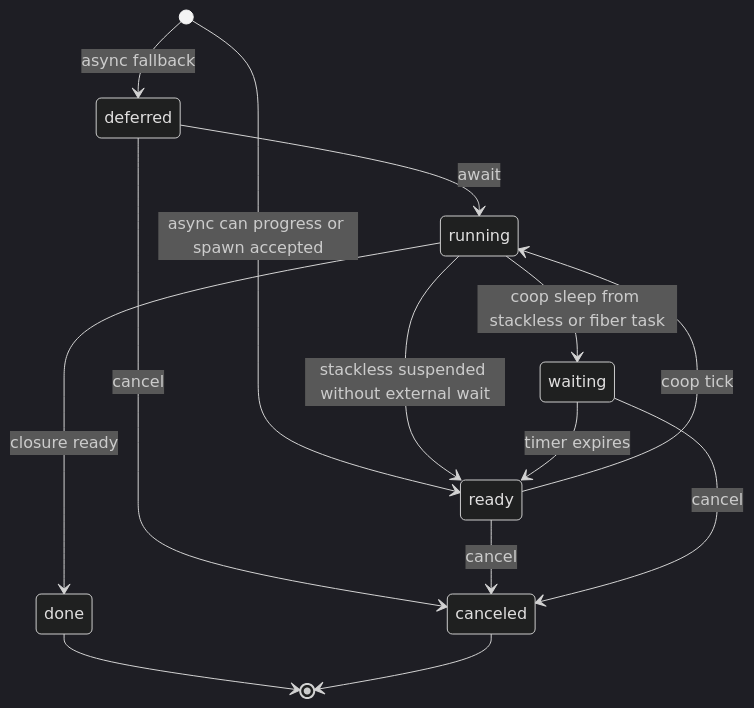
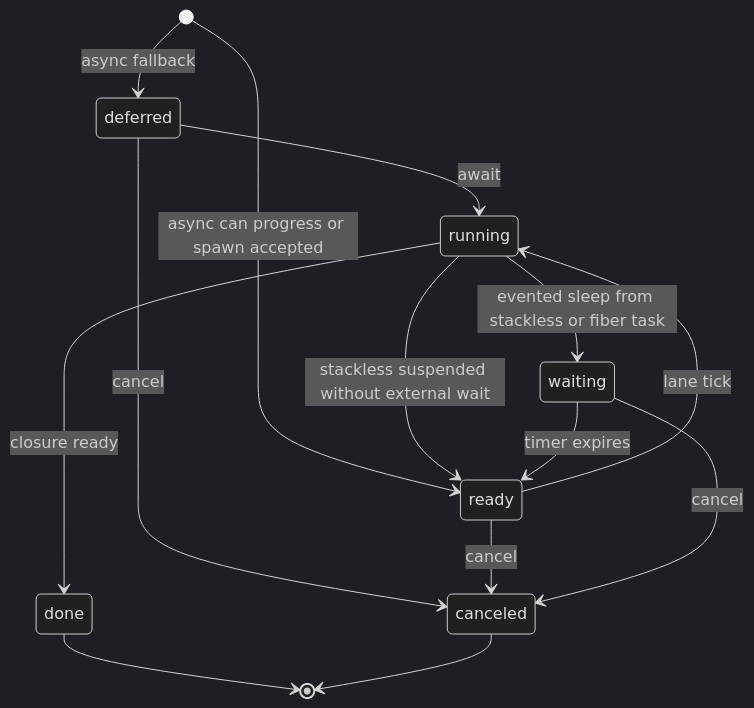
The fourth of 5 diagrams in dh/tests/draft/io_conc/ARCH.md (coding-pelican/dasae-headers), drawn with Mermaid (dark theme) before and after one commit. The commit also changed other lines of this file and 49 other files, not shown here.

````diff
--- a/dh/tests/draft/io_conc/ARCH.md
+++ b/dh/tests/draft/io_conc/ARCH.md
@@ -60,16 +147,16 @@
 ```mermaid
 stateDiagram-v2
     [*] --> deferred: async fallback
     [*] --> ready: async can progress or spawn accepted
     deferred --> running: await
-    ready --> running: coop tick
-    running --> waiting: coop sleep from stackless or fiber task
+    ready --> running: lane tick
+    running --> waiting: evented sleep from stackless or fiber task
     running --> ready: stackless suspended without external wait
     running --> done: closure ready
     waiting --> ready: timer expires
     deferred --> canceled: cancel
     ready --> canceled: cancel
     waiting --> canceled: cancel
     done --> [*]
     canceled --> [*]
 ```
````
